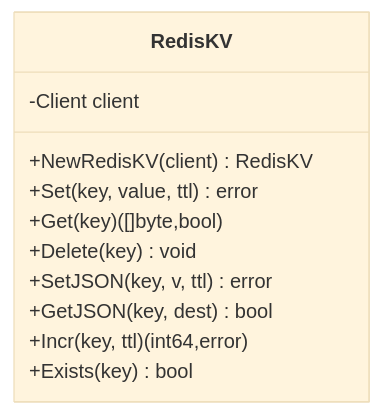
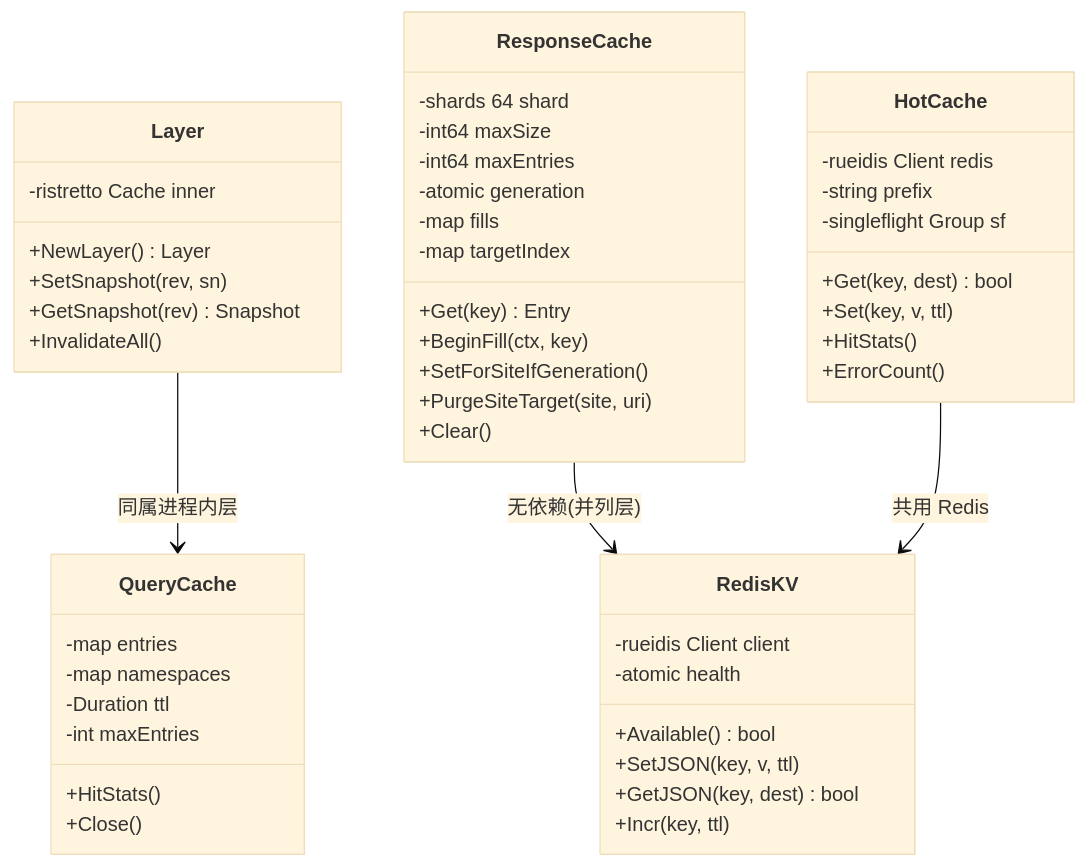
The second of 5 diagrams in docs/系统架构设计/缓存与性能优化.md (x01n/My-OpenWaf), drawn with Mermaid (base theme) before and after one commit. The commit also changed other lines of this file and 622 other files, not shown here.

````diff
--- a/docs/系统架构设计/缓存与性能优化.md
+++ b/docs/系统架构设计/缓存与性能优化.md
@@ -257,14 +142,51 @@
 ```mermaid
 classDiagram
+class Layer {
+-ristretto Cache inner
++NewLayer() Layer
++SetSnapshot(rev, sn)
++GetSnapshot(rev) Snapshot
++InvalidateAll()
+}
+class QueryCache {
+-map entries
+-map namespaces
+-Duration ttl
+-int maxEntries
++HitStats()
++Close()
+}
+class HotCache {
+-rueidis Client redis
+-string prefix
+-singleflight Group sf
++Get(key, dest) bool
++Set(key, v, ttl)
++HitStats()
++ErrorCount()
+}
+class ResponseCache {
+-shards 64 shard
+-int64 maxSize
+-int64 maxEntries
+-atomic generation
+-map fills
+-map targetIndex
++Get(key) Entry
++BeginFill(ctx, key)
++SetForSiteIfGeneration()
++PurgeSiteTarget(site, uri)
++Clear()
+}
 class RedisKV {
--Client client
-+NewRedisKV(client) RedisKV
-+Set(key, value, ttl) error
-+Get(key) ([]byte,bool)
-+Delete(key) void
-+SetJSON(key, v, ttl) error
+-rueidis Client client
+-atomic health
++Available() bool
++SetJSON(key, v, ttl)
 +GetJSON(key, dest) bool
-+Incr(key, ttl) (int64,error)
-+Exists(key) bool
++Incr(key, ttl)
 }
+Layer --> QueryCache : 同属进程内层
+ResponseCache --> RedisKV : 无依赖(并列层)
+HotCache --> RedisKV : 共用 Redis
 ```
````
